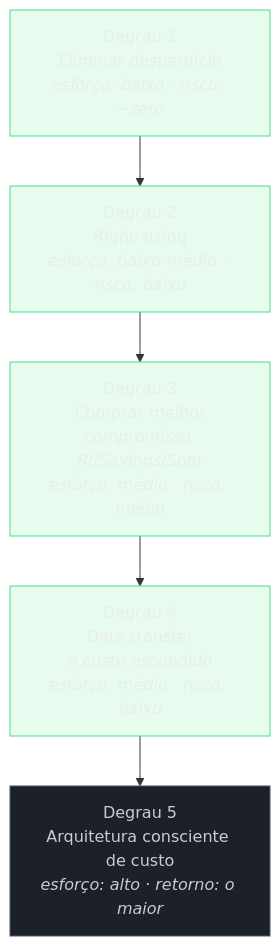
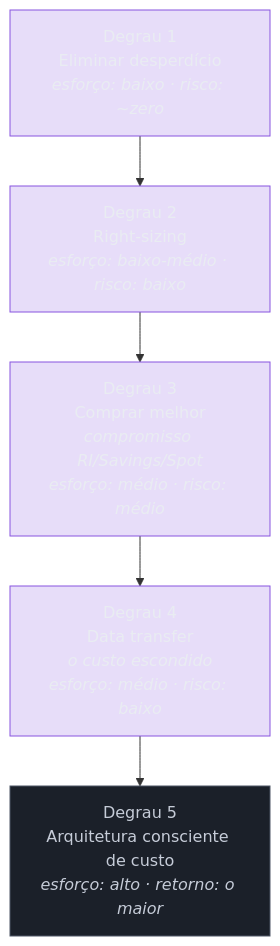
One commit to josenaldo/codex-technomanticus changed the first of 2 diagrams in 03-Dominios/Tecnologia/Cloud/19 - FinOps — a economia da cloud/04 - Otimização de custo.md. Above: the diagram before and after it, drawn with Mermaid. The commit also changed 601 other files, not shown here.

````diff
--- a/03-Dominios/Tecnologia/Cloud/19 - FinOps — a economia da cloud/04 - Otimização de custo.md
+++ b/03-Dominios/Tecnologia/Cloud/19 - FinOps — a economia da cloud/04 - Otimização de custo.md
@@ -27,15 +27,15 @@
 ```mermaid
 flowchart TD
-    classDef ok fill:#4ADE8021,stroke:#4ADE80,color:#E9ECF2
+    classDef marca fill:#8855DF33,stroke:#8855DF,color:#E9ECF2
     classDef neutro fill:#1B2029,stroke:#4E5666,color:#C6CCD8
     A["Degrau 1<br/>Eliminar desperdício<br/><i>esforço: baixo · risco: ~zero</i>"] --> B["Degrau 2<br/>Right-sizing<br/><i>esforço: baixo-médio · risco: baixo</i>"]
     B --> C["Degrau 3<br/>Comprar melhor<br/><i>compromisso RI/Savings/Spot</i><br/><i>esforço: médio · risco: médio</i>"]
     C --> D["Degrau 4<br/>Data transfer<br/><i>o custo escondido</i><br/><i>esforço: médio · risco: baixo</i>"]
     D --> E["Degrau 5<br/>Arquitetura consciente de custo<br/><i>esforço: alto · retorno: o maior</i>"]
 
-    class A ok
-    class B ok
-    class C ok
-    class D ok
+    class A marca
+    class B marca
+    class C marca
+    class D marca
     class E neutro
 ```
````
